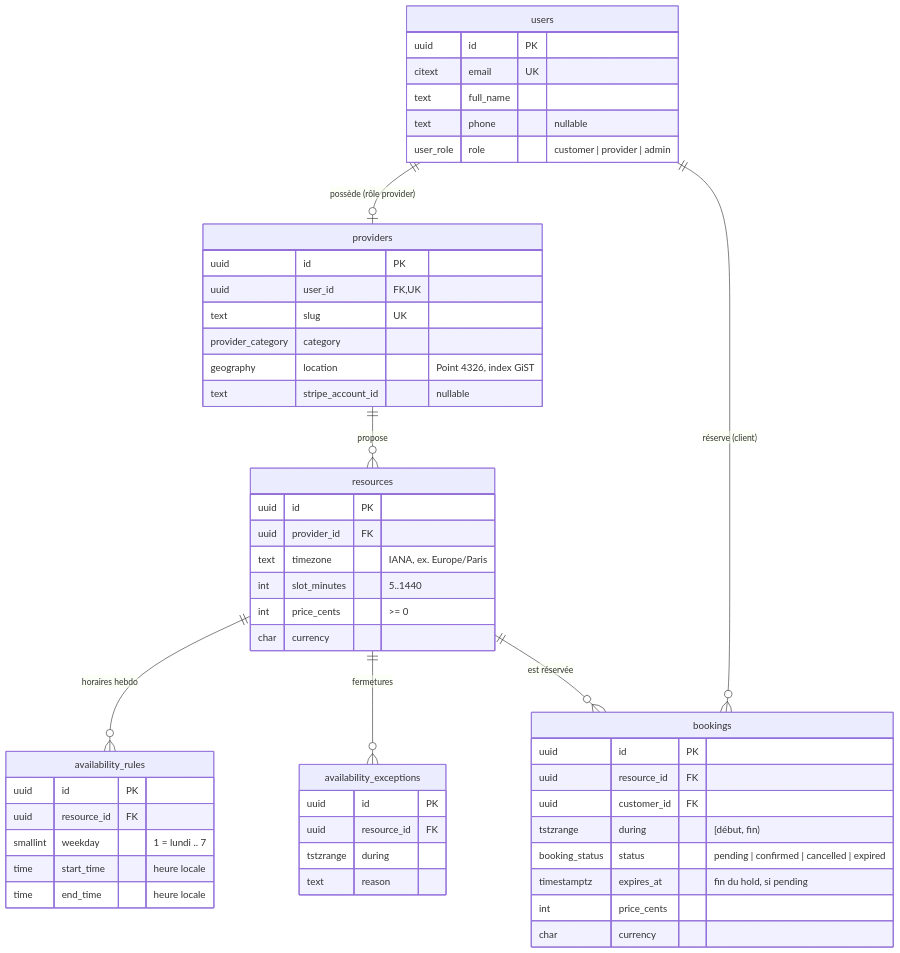
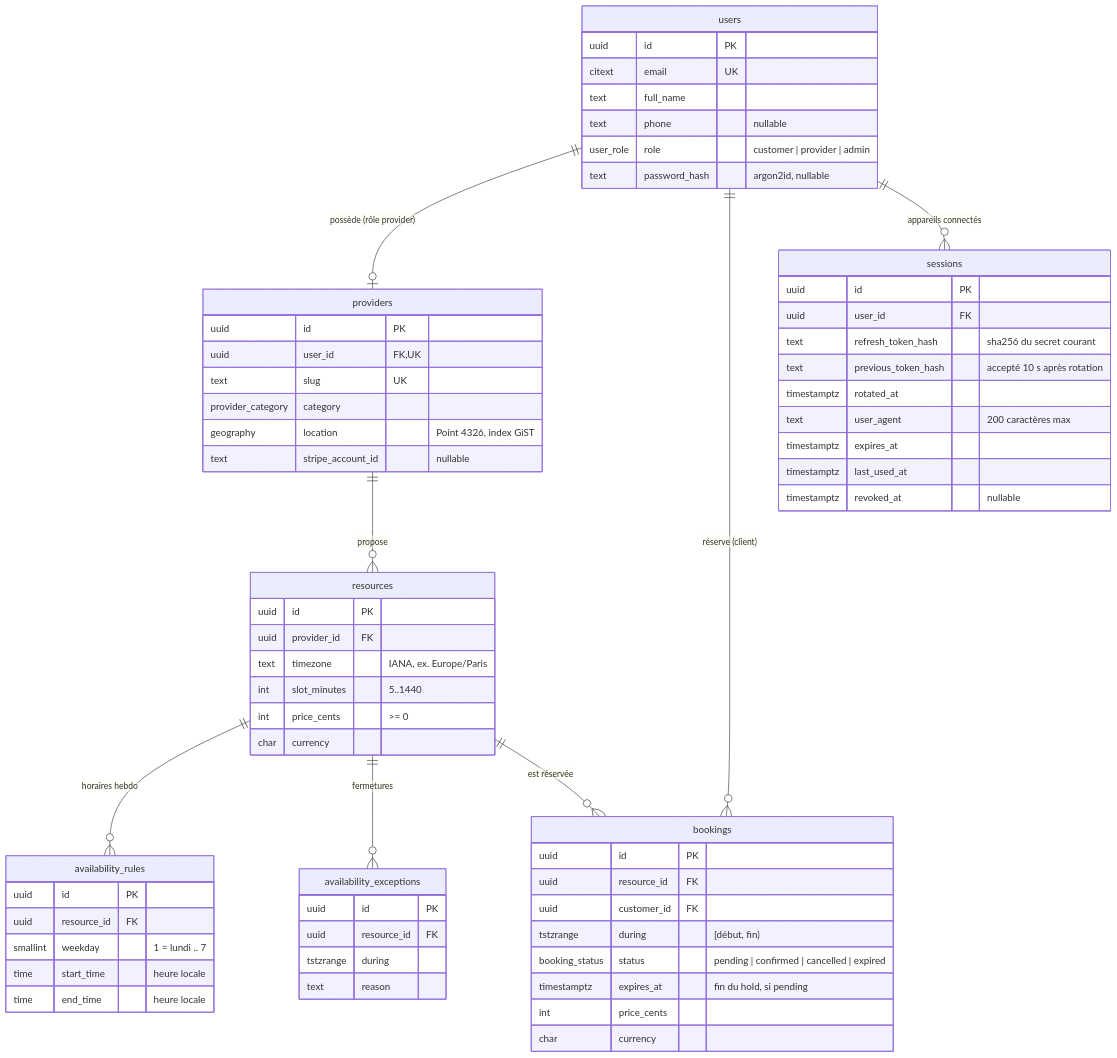
The diagram in docs/schema.md (KasselFelix/Creno), drawn with Mermaid before and after one commit. The commit also changed other lines of this file and 2 other files, not shown here.

Commit message:
docs: document authentication (ADR 0005, schema, README, demo accounts)

````diff
--- a/docs/schema.md
+++ b/docs/schema.md
@@ -5,56 +5,69 @@
 ```mermaid
 erDiagram
   users ||--o| providers : "possède (rôle provider)"
   users ||--o{ bookings : "réserve (client)"
+  users ||--o{ sessions : "appareils connectés"
   providers ||--o{ resources : propose
   resources ||--o{ availability_rules : "horaires hebdo"
   resources ||--o{ availability_exceptions : fermetures
   resources ||--o{ bookings : "est réservée"
 
   users {
     uuid id PK
     citext email UK
     text full_name
     text phone "nullable"
     user_role role "customer | provider | admin"
+    text password_hash "argon2id, nullable"
+  }
+  sessions {
+    uuid id PK
+    uuid user_id FK
+    text refresh_token_hash "sha256 du secret courant"
+    text previous_token_hash "accepté 10 s après rotation"
+    timestamptz rotated_at
+    text user_agent "200 caractères max"
+    timestamptz expires_at
+    timestamptz last_used_at
+    timestamptz revoked_at "nullable"
   }
   providers {
     uuid id PK
     uuid user_id FK,UK
     text slug UK
     provider_category category
     geography location "Point 4326, index GiST"
     text stripe_account_id "nullable"
   }
   resources {
     uuid id PK
     uuid provider_id FK
     text timezone "IANA, ex. Europe/Paris"
     int slot_minutes "5..1440"
     int price_cents ">= 0"
     char currency
   }
   availability_rules {
     uuid id PK
     uuid resource_id FK
     smallint weekday "1 = lundi .. 7"
     time start_time "heure locale"
     time end_time "heure locale"
   }
   availability_exceptions {
     uuid id PK
     uuid resource_id FK
     tstzrange during
     text reason
   }
   bookings {
     uuid id PK
     uuid resource_id FK
     uuid customer_id FK
     tstzrange during "[début, fin)"
     booking_status status "pending | confirmed | cancelled | expired"
     timestamptz expires_at "fin du hold, si pending"
     int price_cents
     char currency
   }
 ```
````
